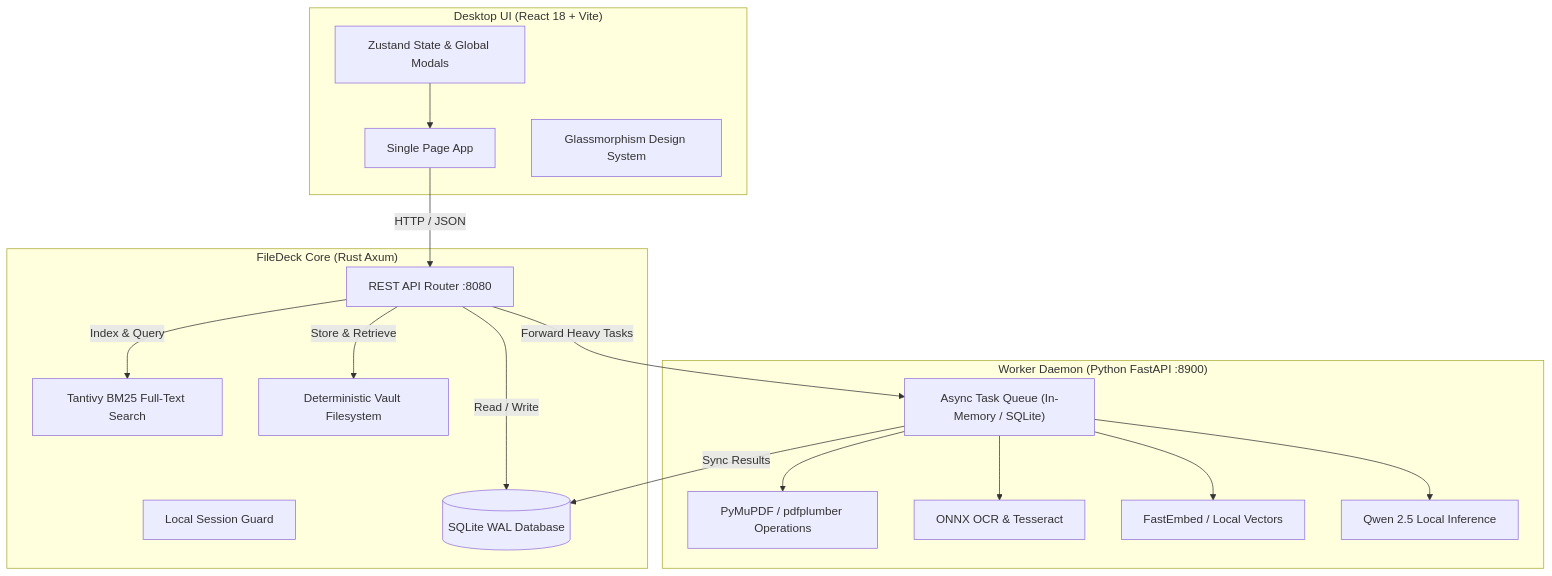
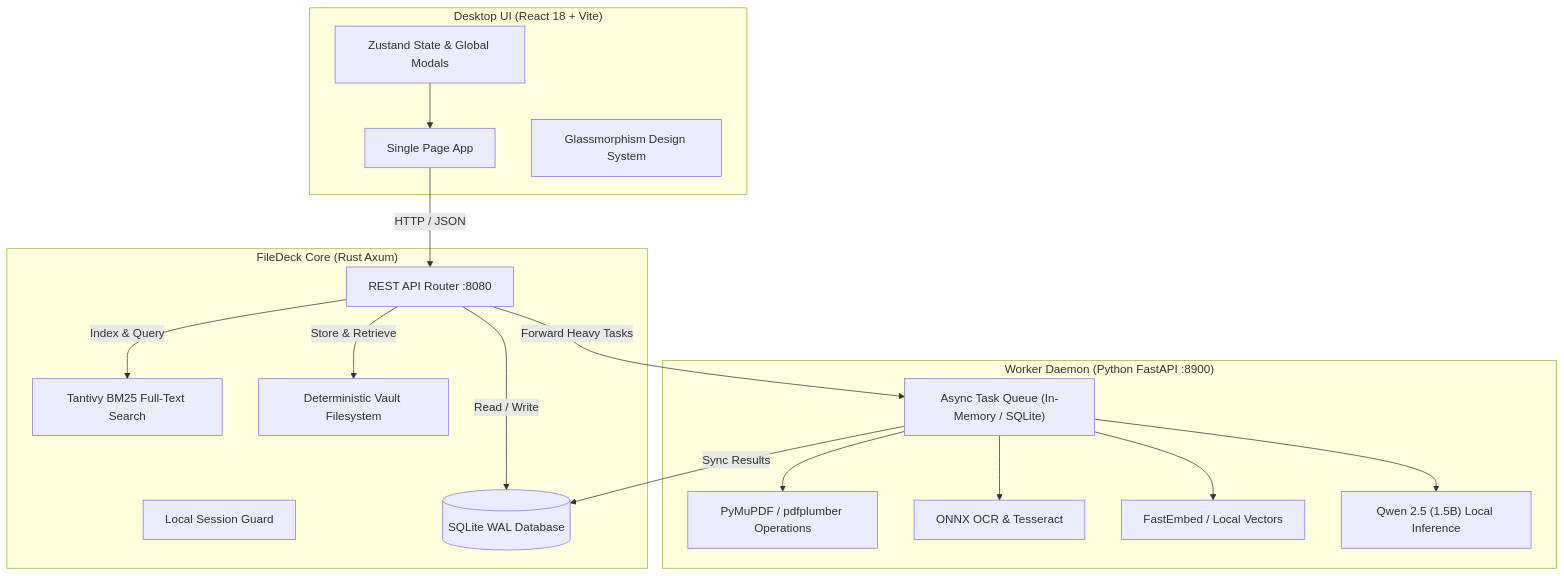
One commit to samolubukun/Filedeck changed the diagram in README.md. Above: the diagram before and after it, drawn with Mermaid. The commit also changed other lines of this file, not shown here.

Commit message:
docs: update repository features, architecture, and verification instructions

````diff
--- a/README.md
+++ b/README.md
@@ -100,36 +119,36 @@
 ```mermaid
 flowchart TD
     subgraph UI ["Desktop UI (React 18 + Vite)"]
         SPA["Single Page App"]
         Store["Zustand State & Global Modals"]
         Theme["Glassmorphism Design System"]
     end
 
     subgraph Core ["FileDeck Core (Rust Axum)"]
         API["REST API Router :8080"]
         Auth["Local Session Guard"]
         TantivyEngine["Tantivy BM25 Full-Text Search"]
         VaultDB[("SQLite WAL Database")]
         Storage["Deterministic Vault Filesystem"]
     end
 
     subgraph Worker ["Worker Daemon (Python FastAPI :8900)"]
         TaskEngine["Async Task Queue (In-Memory / SQLite)"]
         PyMuPDF["PyMuPDF / pdfplumber Operations"]
         OCR["ONNX OCR & Tesseract"]
         Embedder["FastEmbed / Local Vectors"]
-        AI["Qwen 2.5 Local Inference"]
+        AI["Qwen 2.5 (1.5B) Local Inference"]
     end
 
     SPA -->|HTTP / JSON| API
     Store --> SPA
     API -->|Read / Write| VaultDB
     API -->|Index & Query| TantivyEngine
     API -->|Store & Retrieve| Storage
     API -->|Forward Heavy Tasks| TaskEngine
     TaskEngine --> PyMuPDF
     TaskEngine --> OCR
     TaskEngine --> Embedder
     TaskEngine --> AI
     TaskEngine -->|Sync Results| VaultDB
 ```
````
